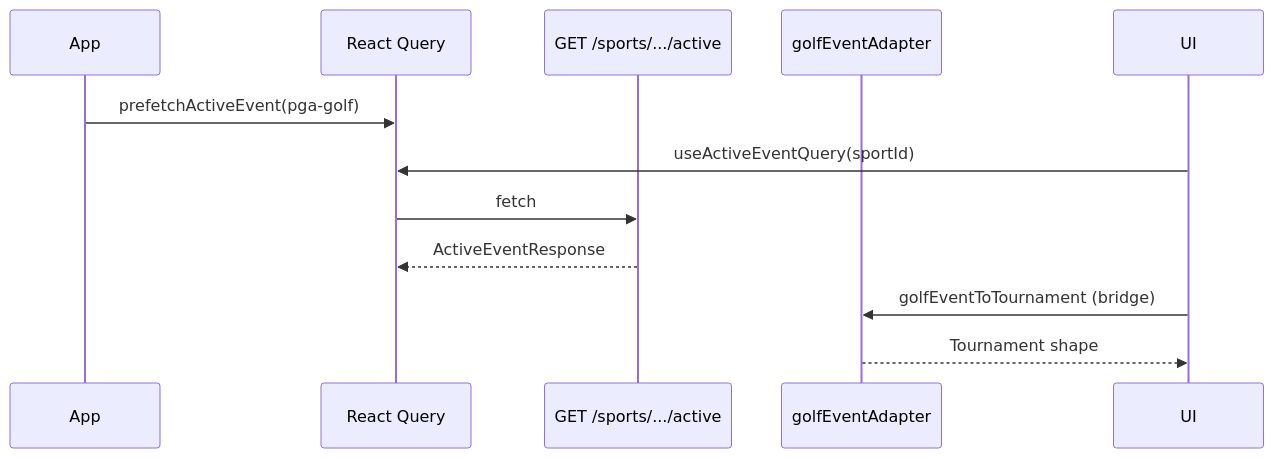
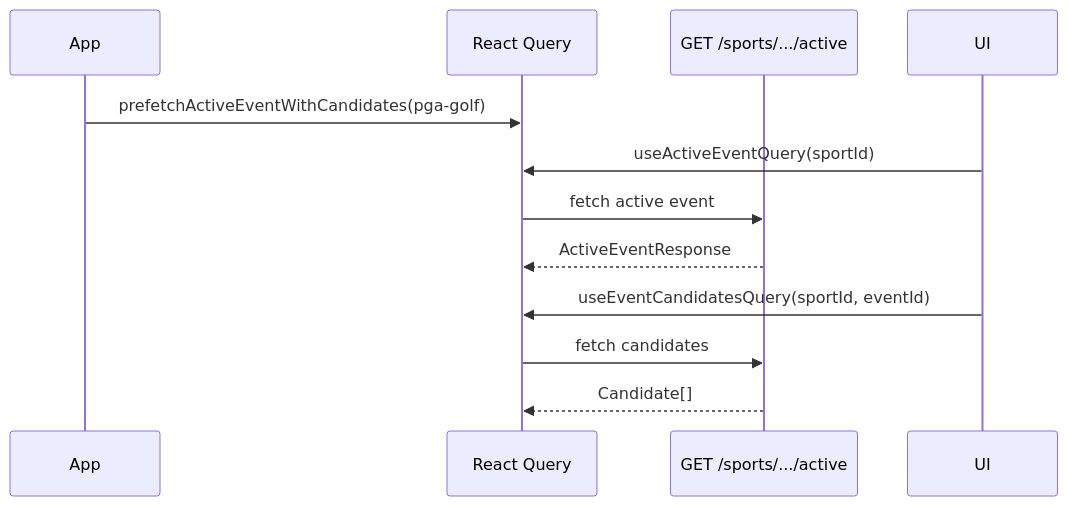
The first of 4 diagrams in spec/client/data-flow.md (MagRelo/cut), drawn with Mermaid before and after one commit. The commit also changed other lines of this file and 9 other files, not shown here.

First line of the commit message:
Refactor platform architecture and enhance sport-specific components

````diff
--- a/spec/client/data-flow.md
+++ b/spec/client/data-flow.md
@@ -36,15 +34,15 @@
 ```mermaid
 sequenceDiagram
   participant App
   participant RQ as React Query
   participant API as GET /sports/.../active
-  participant Adapter as golfEventAdapter
   participant UI
 
-  App->>RQ: prefetchActiveEvent(pga-golf)
+  App->>RQ: prefetchActiveEventWithCandidates(pga-golf)
   UI->>RQ: useActiveEventQuery(sportId)
-  RQ->>API: fetch
+  RQ->>API: fetch active event
   API-->>RQ: ActiveEventResponse
-  UI->>Adapter: golfEventToTournament (bridge)
-  Adapter-->>UI: Tournament shape
+  UI->>RQ: useEventCandidatesQuery(sportId, eventId)
+  RQ->>API: fetch candidates
+  API-->>RQ: Candidate[]
 ```
````
